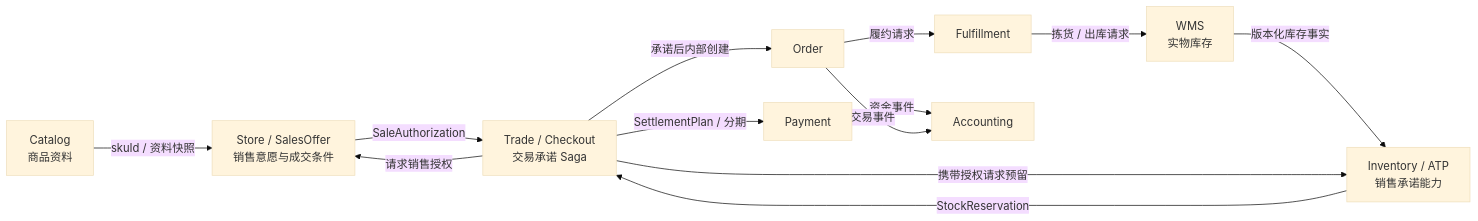
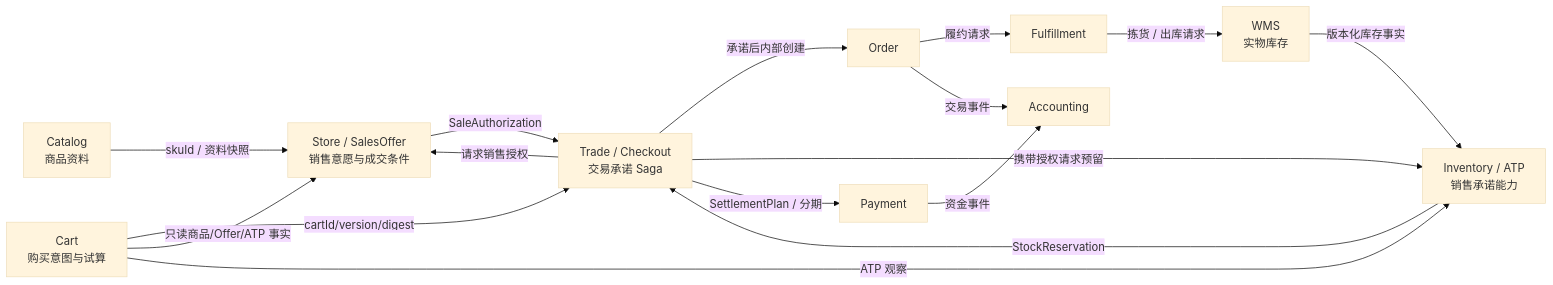
Before and after one commit to ddd-mall/j-store: the diagram in docs/domain-modeling.md, drawn with Mermaid (base theme). The commit also changed other lines of this file and 58 other files, not shown here.

````diff
--- a/docs/domain-modeling.md
+++ b/docs/domain-modeling.md
@@ -34,15 +35,18 @@
 ```mermaid
 flowchart LR
     Catalog["Catalog<br/>商品资料"] -->|"skuId / 资料快照"| Offer["Store / SalesOffer<br/>销售意愿与成交条件"]
     WMS["WMS<br/>实物库存"] -->|"版本化库存事实"| ATP["Inventory / ATP<br/>销售承诺能力"]
+    Cart["Cart<br/>购买意图与试算"] -->|"cartId/version/digest"| Trade
+    Cart -->|"只读商品/Offer/ATP 事实"| Offer
+    Cart -->|"ATP 观察"| ATP
     Trade["Trade / Checkout<br/>交易承诺 Saga"] -->|"承诺后内部创建"| Order["Order"]
     Trade -->|"请求销售授权"| Offer
     Offer -->|"SaleAuthorization"| Trade
     Trade -->|"携带授权请求预留"| ATP
     ATP -->|"StockReservation"| Trade
     Trade -->|"SettlementPlan / 分期"| Payment["Payment"]
     Order -->|"履约请求"| Fulfillment["Fulfillment"]
     Fulfillment -->|"拣货 / 出库请求"| WMS
     Payment -->|"资金事件"| Accounting["Accounting"]
     Order -->|"交易事件"| Accounting
 ```
````
